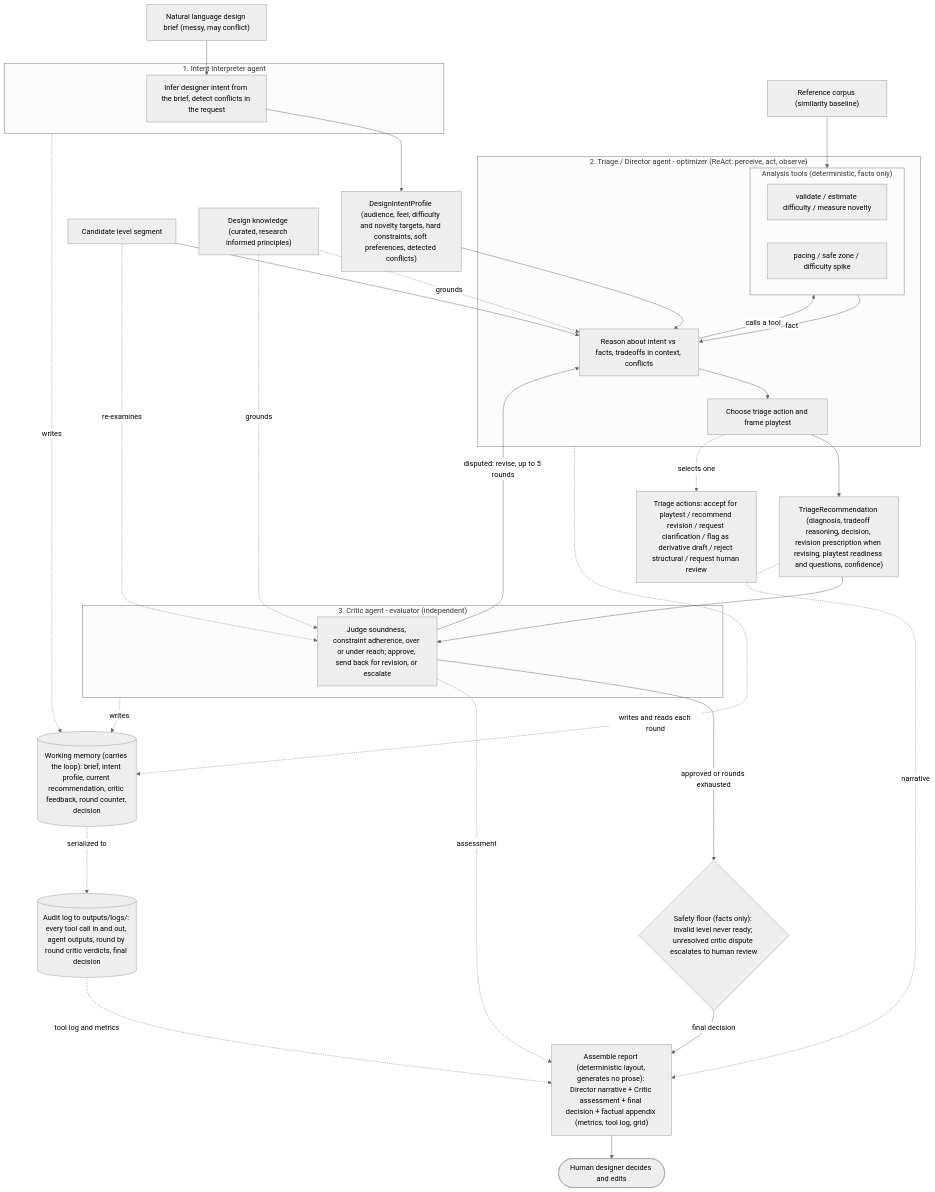
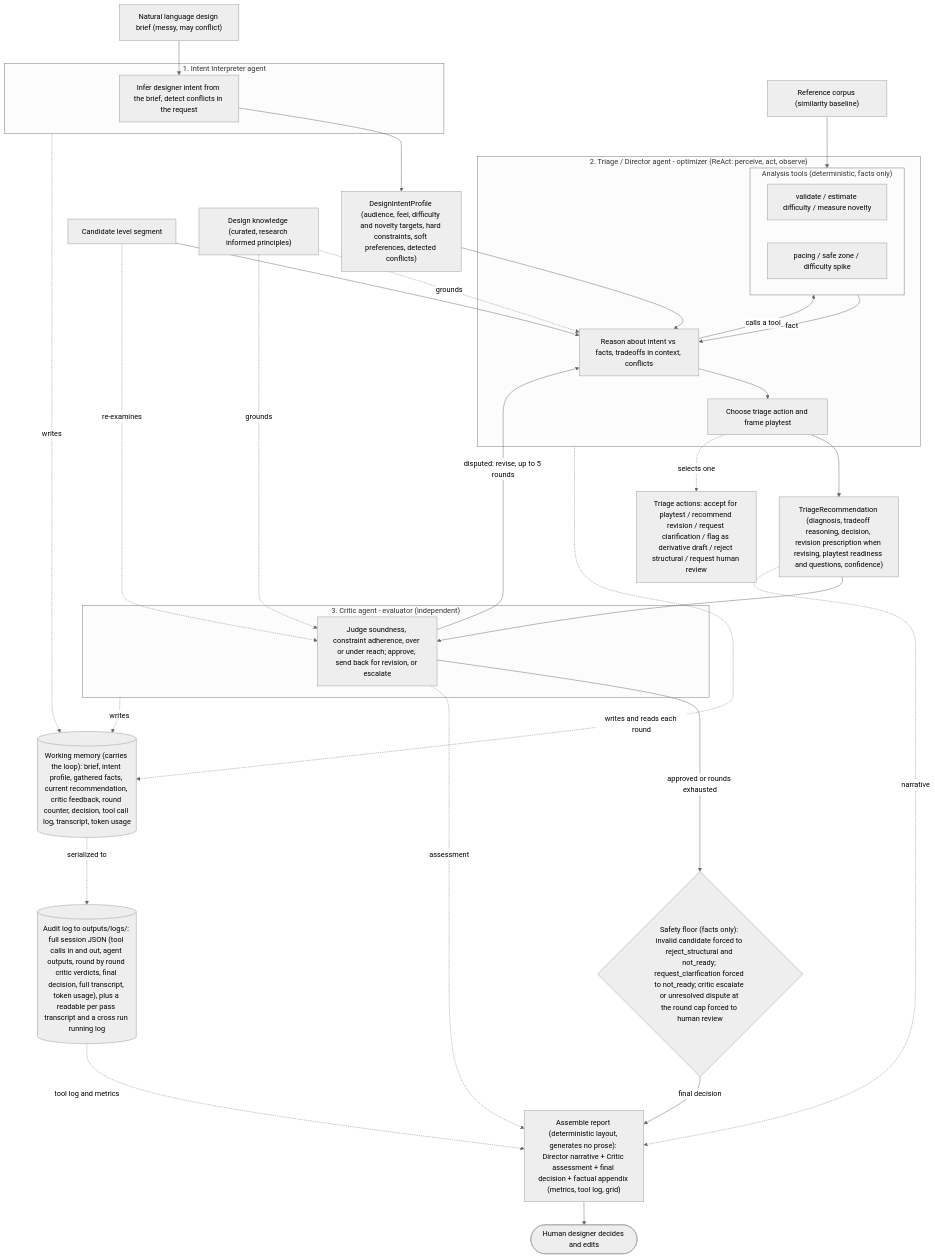
The diagram in architecture_diagram.md (thebobmay/agentic-ai-level-design-triage-agent), drawn with Mermaid (neutral theme) before and after one commit. The commit also changed other lines of this file and 11 other files, not shown here.

Commit message:
Finalize report, README, and architecture diagram; move report.md source to notes folder (repo keeps the PDF deliverables)

````diff
--- a/architecture_diagram.md
+++ b/architecture_diagram.md
@@ -118,57 +110,57 @@
 ```mermaid
 flowchart TD
     BRIEF["Natural language design brief (messy, may conflict)"]
     CAND["Candidate level segment"]
     REF["Reference corpus (similarity baseline)"]
     GUIDE["Design knowledge (curated, research informed principles)"]
 
     subgraph A1["1. Intent Interpreter agent"]
         INT["Infer designer intent from the brief, detect conflicts in the request"]
     end
 
     subgraph A2["2. Triage / Director agent - optimizer (ReAct: perceive, act, observe)"]
         DREASON["Reason about intent vs facts, tradeoffs in context, conflicts"]
         subgraph TOOLS["Analysis tools (deterministic, facts only)"]
             T1["validate / estimate difficulty / measure novelty"]
             T2["pacing / safe zone / difficulty spike"]
         end
         DREASON -->|calls a tool| TOOLS
         TOOLS -->|fact| DREASON
         DREASON --> DDECIDE["Choose triage action and frame playtest"]
     end
 
     subgraph A3["3. Critic agent - evaluator (independent)"]
         CRIT["Judge soundness, constraint adherence, over or under reach; approve, send back for revision, or escalate"]
     end
 
     BRIEF --> INT
     INT --> PROFILE["DesignIntentProfile (audience, feel, difficulty and novelty targets, hard constraints, soft preferences, detected conflicts)"]
     PROFILE --> DREASON
     CAND --> DREASON
     REF --> TOOLS
     GUIDE -. grounds .-> DREASON
     GUIDE -. grounds .-> CRIT
 
     DDECIDE --> TRIAGE["TriageRecommendation (diagnosis, tradeoff reasoning, decision, revision prescription when revising, playtest readiness and questions, confidence)"]
     TRIAGE --> CRIT
     CAND -. re-examines .-> CRIT
 
     CRIT -->|disputed: revise, up to 5 rounds| DREASON
-    CRIT -->|approved or rounds exhausted| FLOOR{"Safety floor (facts only): invalid level never ready; unresolved critic dispute escalates to human review"}
+    CRIT -->|approved or rounds exhausted| FLOOR{"Safety floor (facts only): invalid candidate forced to reject_structural and not_ready; request_clarification forced to not_ready; critic escalate or unresolved dispute at the round cap forced to human review"}
     FLOOR -->|final decision| REPORT["Assemble report (deterministic layout, generates no prose): Director narrative + Critic assessment + final decision + factual appendix (metrics, tool log, grid)"]
     TRIAGE -. narrative .-> REPORT
     CRIT -. assessment .-> REPORT
     REPORT --> HUMAN(["Human designer decides and edits"])
 
     ACTIONS["Triage actions: accept for playtest / recommend revision / request clarification / flag as derivative draft / reject structural / request human review"]
     DDECIDE -. selects one .-> ACTIONS
 
-    STATE[("Working memory (carries the loop): brief, intent profile, current recommendation, critic feedback, round counter, decision")]
+    STATE[("Working memory (carries the loop): brief, intent profile, gathered facts, current recommendation, critic feedback, round counter, decision, tool call log, transcript, token usage")]
     A1 -. writes .-> STATE
     A2 -. writes and reads each round .-> STATE
     A3 -. writes .-> STATE
 
-    LOG[("Audit log to outputs/logs/: every tool call in and out, agent outputs, round by round critic verdicts, final decision")]
+    LOG[("Audit log to outputs/logs/: full session JSON (tool calls in and out, agent outputs, round by round critic verdicts, final decision, full transcript, token usage), plus a readable per pass transcript and a cross run running log")]
     STATE -. serialized to .-> LOG
     LOG -. tool log and metrics .-> REPORT
 ```
````
